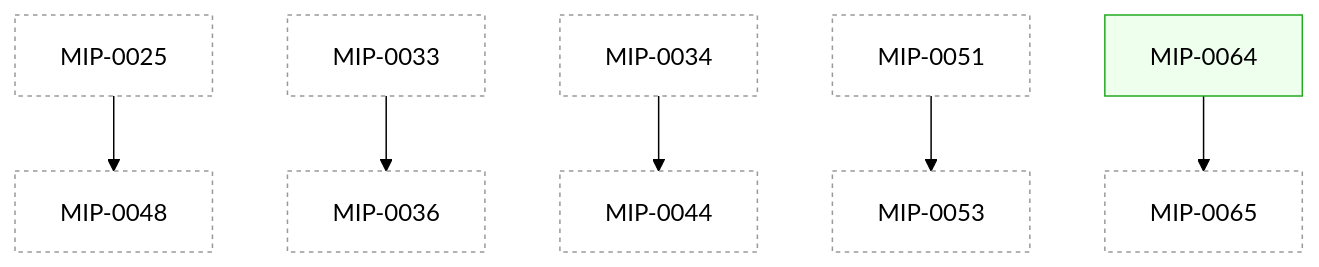
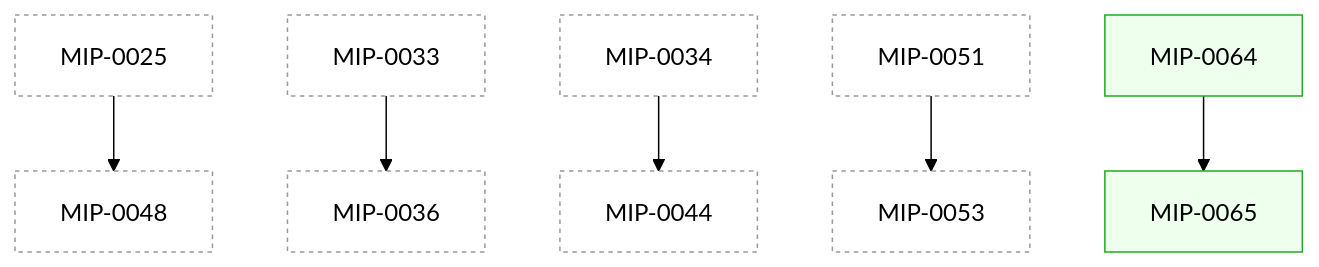
The diagram in docs/MIPs/README.md (h0ffmann/marola), drawn with Mermaid (forest theme) before and after one commit. The commit also changed other lines of this file and 6 other files, not shown here.

````diff
--- a/docs/MIPs/README.md
+++ b/docs/MIPs/README.md
@@ -88,22 +88,22 @@
 ```mermaid
 flowchart TD
   classDef draft fill:#fff,stroke:#999,stroke-dasharray:3 3;
   classDef accepted fill:#eef,stroke:#36c;
   classDef implemented fill:#efe,stroke:#2a2;
   classDef rejected fill:#f8f8f8,stroke:#bbb,color:#999;
   M0025["MIP-0025"]:::draft
   M0033["MIP-0033"]:::draft
   M0034["MIP-0034"]:::draft
   M0036["MIP-0036"]:::draft
   M0044["MIP-0044"]:::draft
   M0048["MIP-0048"]:::draft
   M0051["MIP-0051"]:::draft
   M0053["MIP-0053"]:::draft
   M0064["MIP-0064"]:::implemented
-  M0065["MIP-0065"]:::draft
+  M0065["MIP-0065"]:::implemented
   M0025 --> M0048
   M0033 --> M0036
   M0034 --> M0044
   M0051 --> M0053
   M0064 --> M0065
 ```
````
